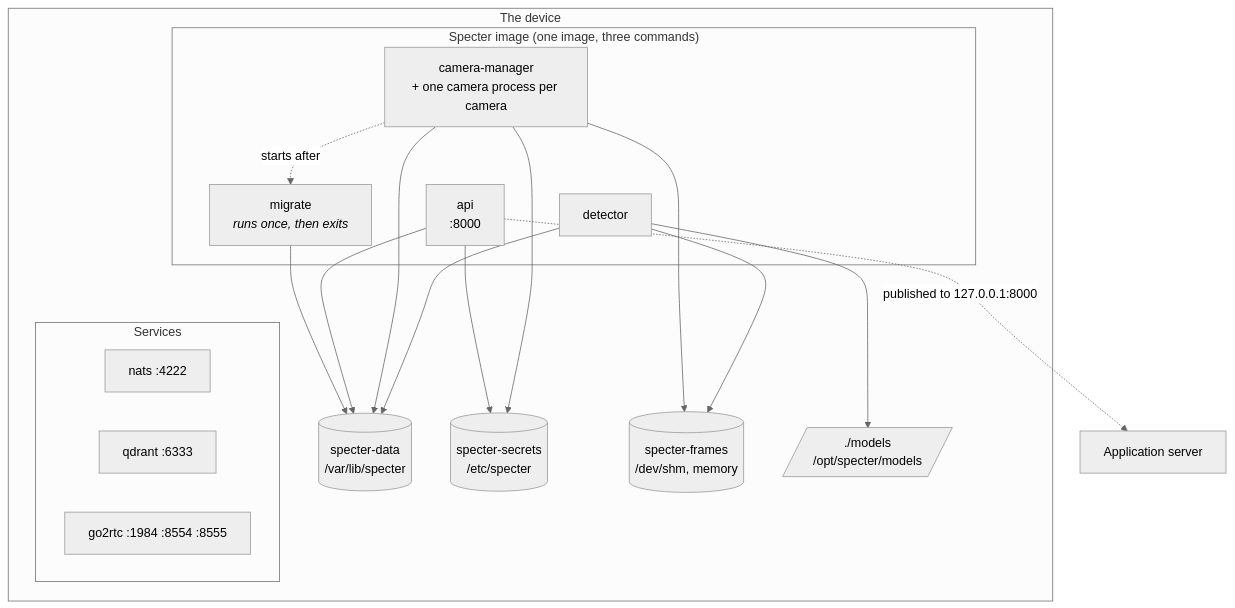
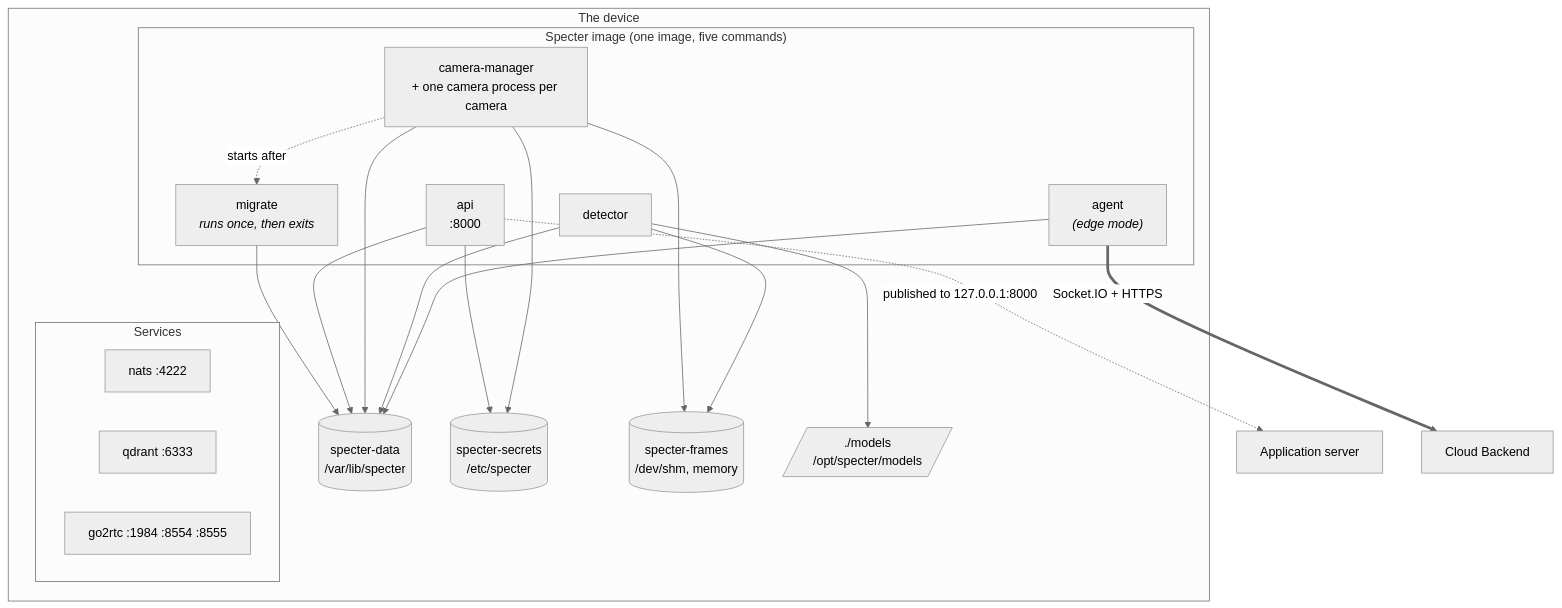
The diagram in docs/deployment.md (f000-6F6F-7462/Specter), drawn with Mermaid (neutral theme) before and after one commit. The commit also changed other lines of this file and 10 other files, not shown here.

First line of the commit message:
docs: update documentation for edge agent, WebRTC relay, and deployment options

````diff
--- a/docs/deployment.md
+++ b/docs/deployment.md
@@ -31,29 +41,32 @@
 ```mermaid
 flowchart TB
     subgraph host["The device"]
-        subgraph specter["Specter image (one image, three commands)"]
+        subgraph specter["Specter image (one image, five commands)"]
             MIG["migrate<br/><i>runs once, then exits</i>"]
             API["api<br/>:8000"]
             CM["camera-manager<br/>+ one camera process per camera"]
             DET["detector"]
+            AG["agent<br/><i>(edge mode)</i>"]
         end
 
         subgraph services["Services"]
             NATS["nats :4222"]
             QD["qdrant :6333"]
             G2["go2rtc :1984 :8554 :8555"]
         end
 
         V1[("specter-data<br/>/var/lib/specter")]
         V2[("specter-secrets<br/>/etc/specter")]
         V3[("specter-frames<br/>/dev/shm, memory")]
         M[/"./models<br/>/opt/specter/models"/]
     end
 
     MIG --> V1
     API --> V1 & V2
     CM --> V1 & V2 & V3
     DET --> V1 & V3 & M
+    AG --> V1
     CM -. "starts after" .-> MIG
     API -. "published to 127.0.0.1:8000" .-> OUT["Application server"]
+    AG == "Socket.IO + HTTPS" ==> CLOUD["Cloud Backend"]
 ```
````
